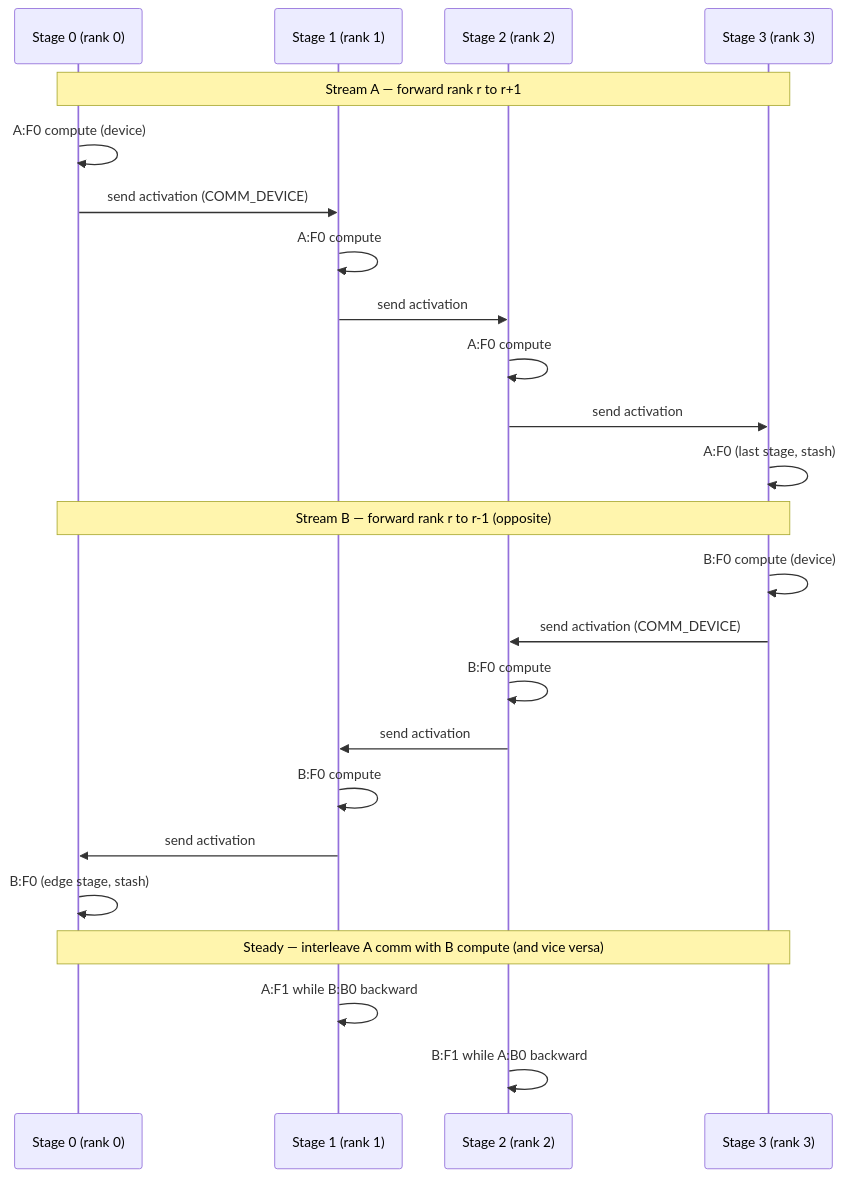
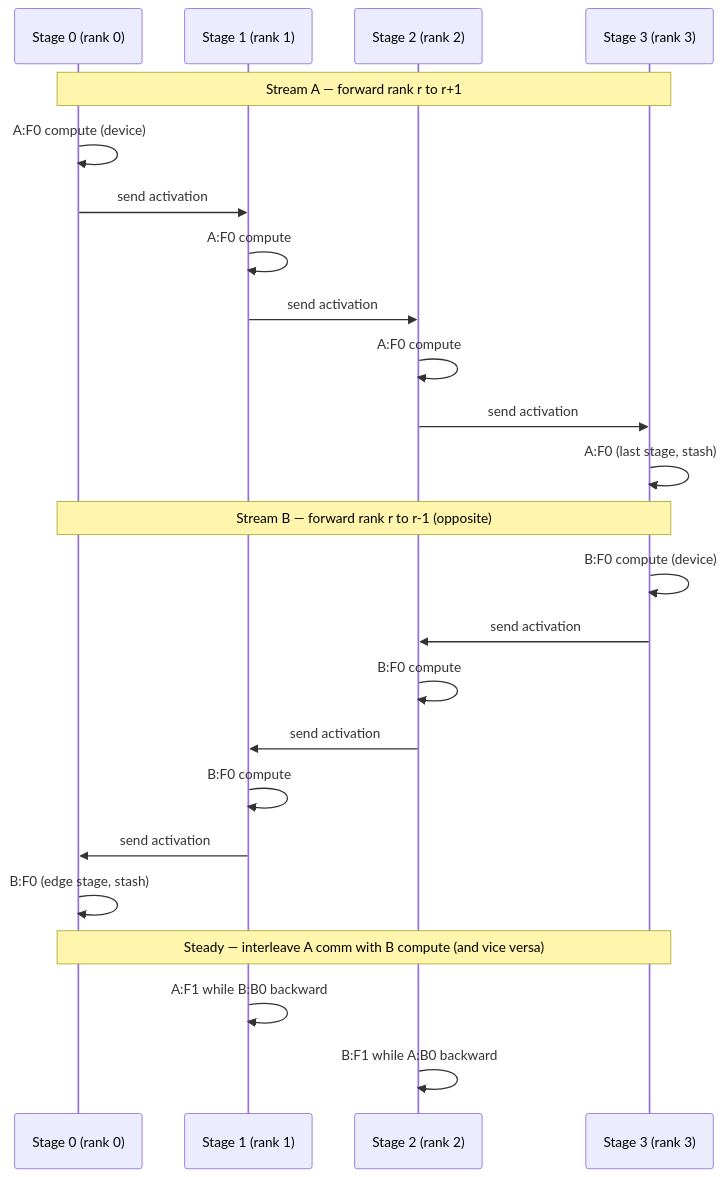
Before and after one commit to duoan/micro-trainer: the diagram in 3_pipeline_parallel/6_deepseek_dualpipe.md, drawn with Mermaid. The commit also changed other lines of this file and 43 other files, not shown here.

````diff
--- a/3_pipeline_parallel/6_deepseek_dualpipe.md
+++ b/3_pipeline_parallel/6_deepseek_dualpipe.md
@@ -34,29 +34,29 @@
 ```mermaid
 sequenceDiagram
     participant S0 as Stage 0 (rank 0)
     participant S1 as Stage 1 (rank 1)
     participant S2 as Stage 2 (rank 2)
     participant S3 as Stage 3 (rank 3)
 
     Note over S0,S3: Stream A — forward rank r to r+1
     S0->>S0: A:F0 compute (device)
-    S0->>S1: send activation (COMM_DEVICE)
+    S0->>S1: send activation
     S1->>S1: A:F0 compute
     S1->>S2: send activation
     S2->>S2: A:F0 compute
     S2->>S3: send activation
     S3->>S3: A:F0 (last stage, stash)
 
     Note over S0,S3: Stream B — forward rank r to r-1 (opposite)
     S3->>S3: B:F0 compute (device)
-    S3->>S2: send activation (COMM_DEVICE)
+    S3->>S2: send activation
     S2->>S2: B:F0 compute
     S2->>S1: send activation
     S1->>S1: B:F0 compute
     S1->>S0: send activation
     S0->>S0: B:F0 (edge stage, stash)
 
     Note over S0,S3: Steady — interleave A comm with B compute (and vice versa)
     S1->>S1: A:F1 while B:B0 backward
     S2->>S2: B:F1 while A:B0 backward
 ```
````
